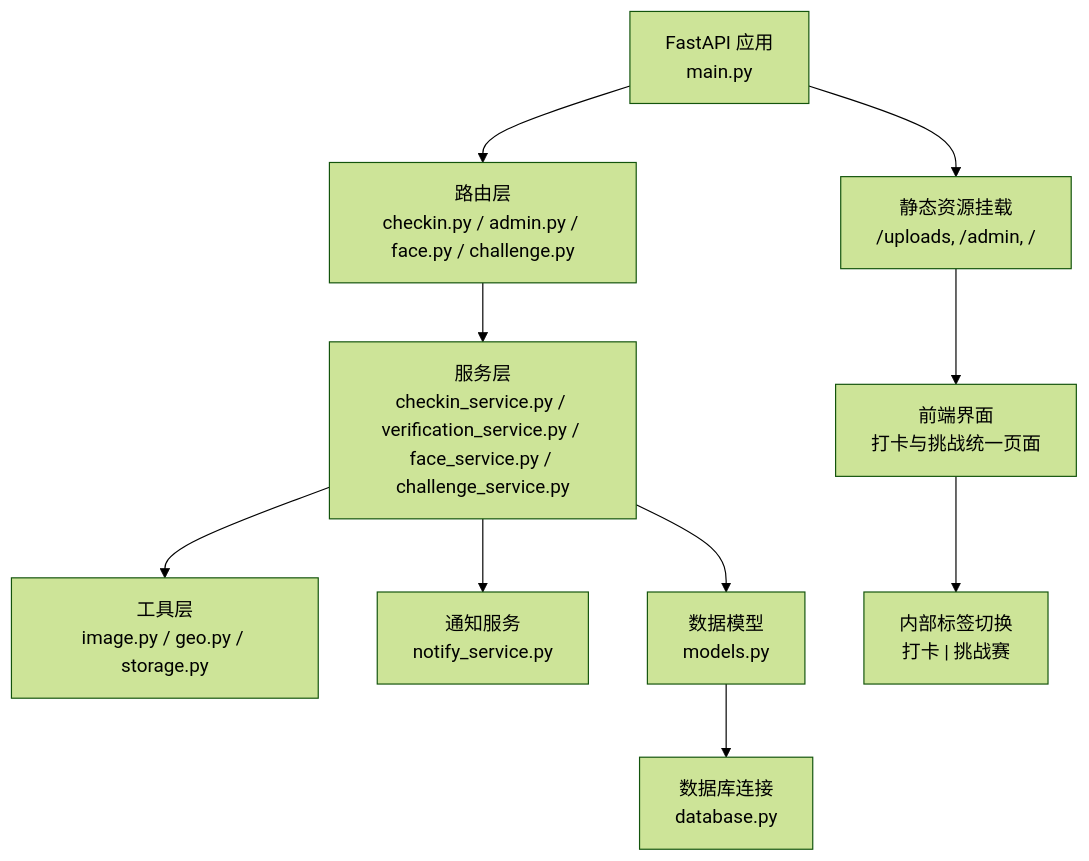
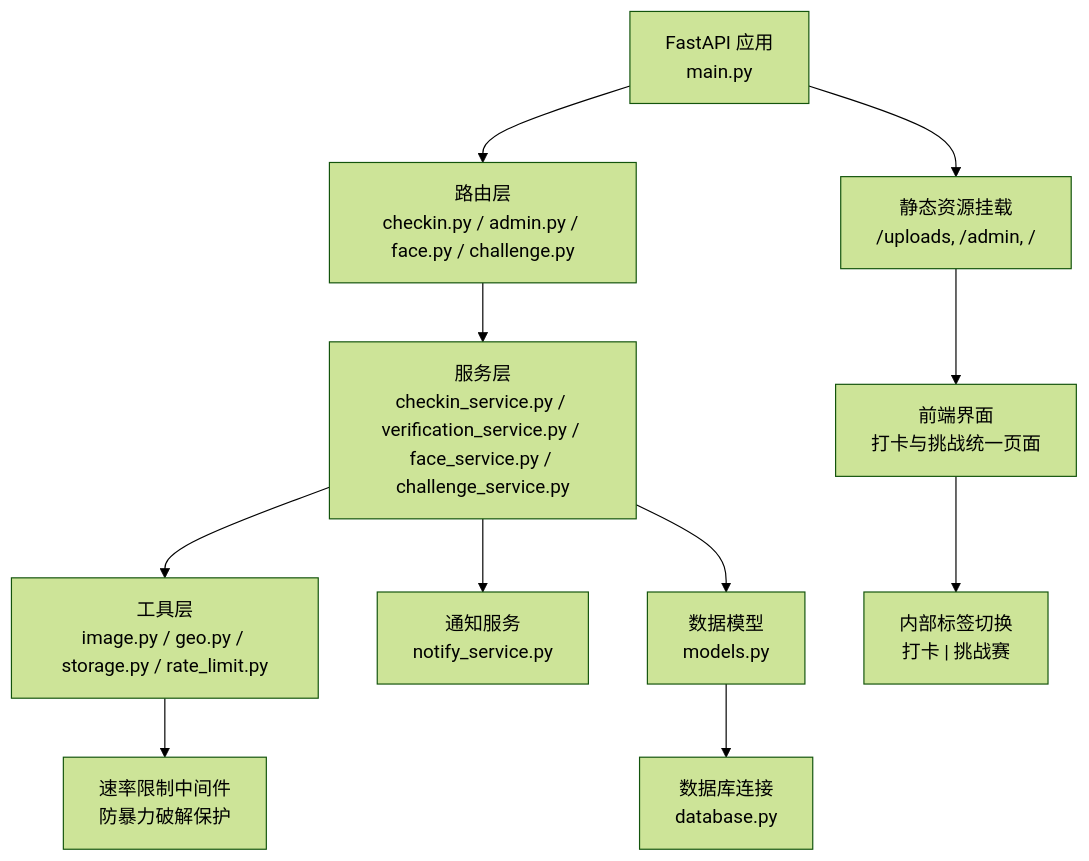
One commit to onebody/homework changed the first of 10 diagrams in .qoder/repowiki/zh/content/暑假作业打卡系统/核心业务功能/打卡管理系统.md. Above: the diagram before and after it, drawn with Mermaid (forest theme). The commit also changed other lines of this file and 14 other files, not shown here.

````diff
--- a/.qoder/repowiki/zh/content/暑假作业打卡系统/核心业务功能/打卡管理系统.md
+++ b/.qoder/repowiki/zh/content/暑假作业打卡系统/核心业务功能/打卡管理系统.md
@@ -49,12 +51,13 @@
 ```mermaid
 graph TB
 A["FastAPI 应用<br/>main.py"] --> B["路由层<br/>checkin.py / admin.py / face.py / challenge.py"]
 B --> C["服务层<br/>checkin_service.py / verification_service.py / face_service.py / challenge_service.py"]
-C --> D["工具层<br/>image.py / geo.py / storage.py"]
+C --> D["工具层<br/>image.py / geo.py / storage.py / rate_limit.py"]
 C --> E["通知服务<br/>notify_service.py"]
 C --> F["数据模型<br/>models.py"]
 F --> G["数据库连接<br/>database.py"]
 A --> H["静态资源挂载<br/>/uploads, /admin, /"]
 H --> I["前端界面<br/>打卡与挑战统一页面"]
 I --> J["内部标签切换<br/>打卡 | 挑战赛"]
+D --> K["速率限制中间件<br/>防暴力破解保护"]
 ```
````
